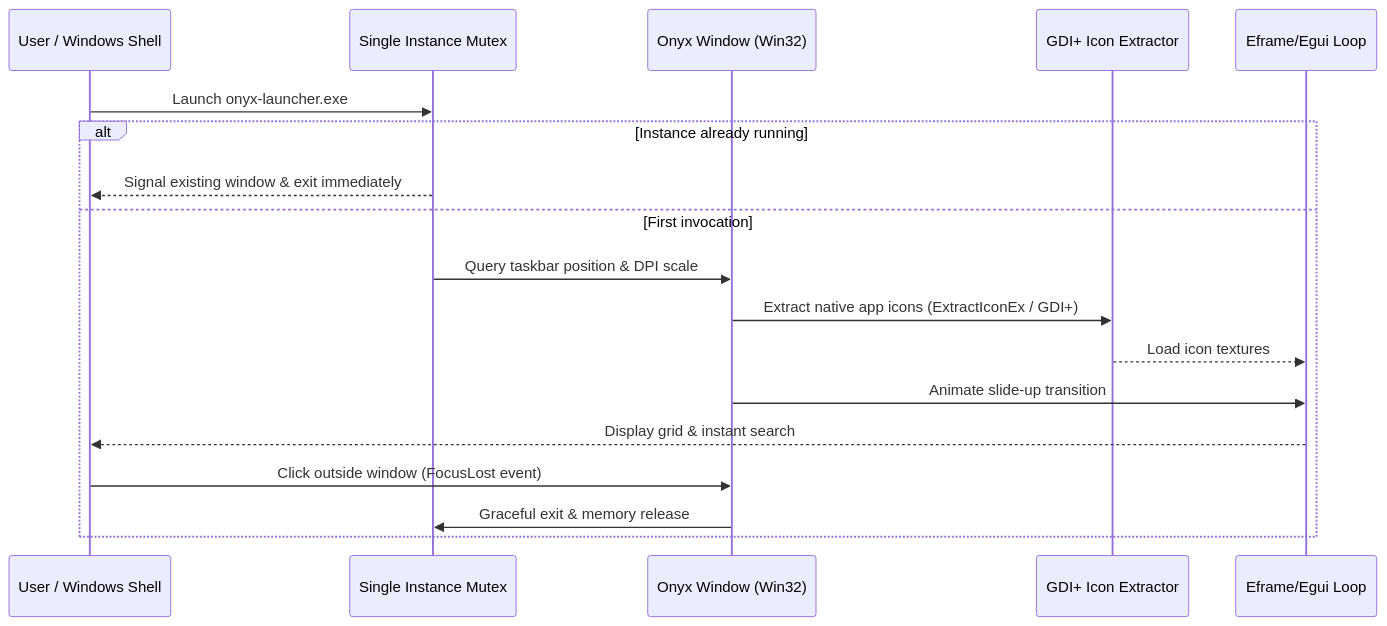
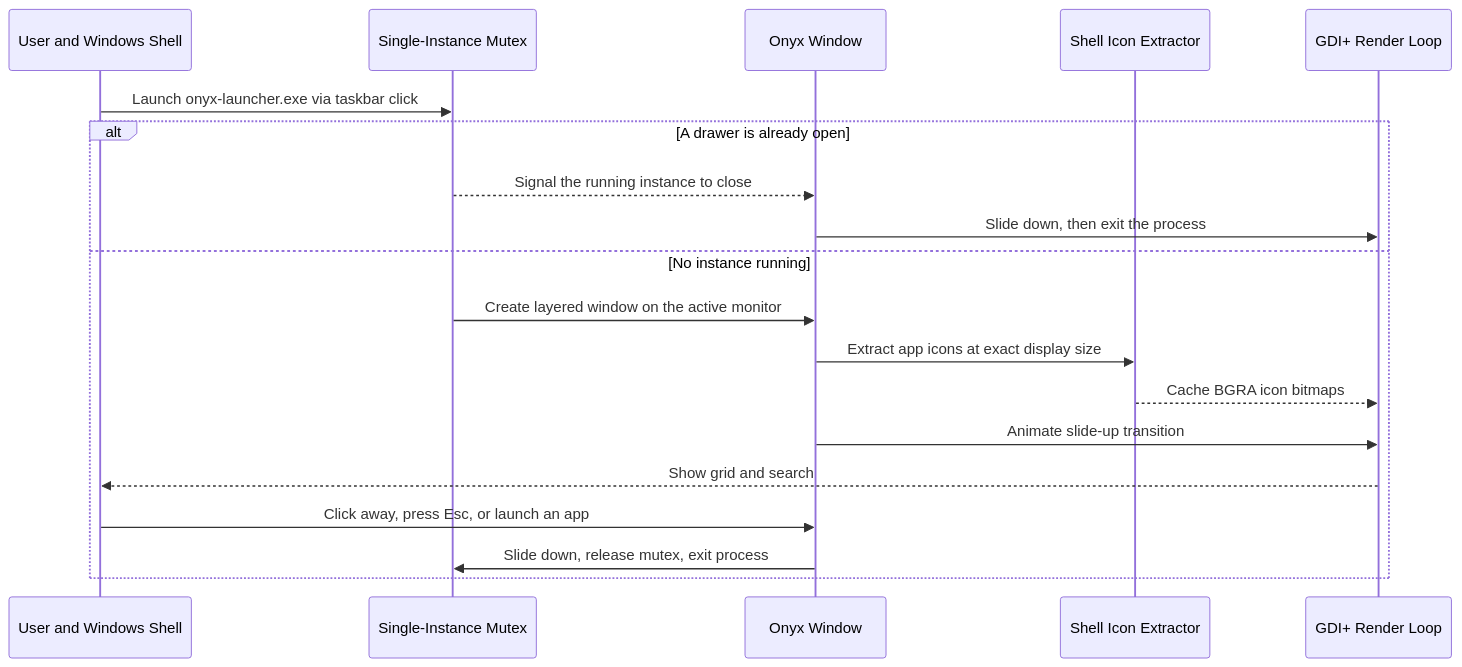
Before and after one commit to siddarth1872004/onyx-launcher: the second of 2 diagrams in README.md, drawn with Mermaid. The commit also changed other lines of this file, not shown here.

````diff
--- a/README.md
+++ b/README.md
@@ -47,21 +65,22 @@
 ```mermaid
 sequenceDiagram
-    participant User as User / Windows Shell
-    participant Mutex as Single Instance Mutex
-    participant Window as Onyx Window (Win32)
-    participant IconCache as GDI+ Icon Extractor
-    participant Eframe as Eframe/Egui Loop
+    participant User as User and Windows Shell
+    participant Mutex as Single-Instance Mutex
+    participant Window as Onyx Window
+    participant Icons as Shell Icon Extractor
+    participant Render as GDI+ Render Loop
 
-    User->>Mutex: Launch onyx-launcher.exe
-    alt Instance already running
-        Mutex-->>User: Signal existing window & exit immediately
-    else First invocation
-        Mutex->>Window: Query taskbar position & DPI scale
-        Window->>IconCache: Extract native app icons (ExtractIconEx / GDI+)
-        IconCache-->>Eframe: Load icon textures
-        Window->>Eframe: Animate slide-up transition
-        Eframe-->>User: Display grid & instant search
-        User->>Window: Click outside window (FocusLost event)
-        Window->>Mutex: Graceful exit & memory release
+    User->>Mutex: Launch onyx-launcher.exe via taskbar click
+    alt A drawer is already open
+        Mutex-->>Window: Signal the running instance to close
+        Window->>Render: Slide down, then exit the process
+    else No instance running
+        Mutex->>Window: Create layered window on the active monitor
+        Window->>Icons: Extract app icons at exact display size
+        Icons-->>Render: Cache BGRA icon bitmaps
+        Window->>Render: Animate slide-up transition
+        Render-->>User: Show grid and search
+        User->>Window: Click away, press Esc, or launch an app
+        Window->>Mutex: Slide down, release mutex, exit process
     end
 ```
````
